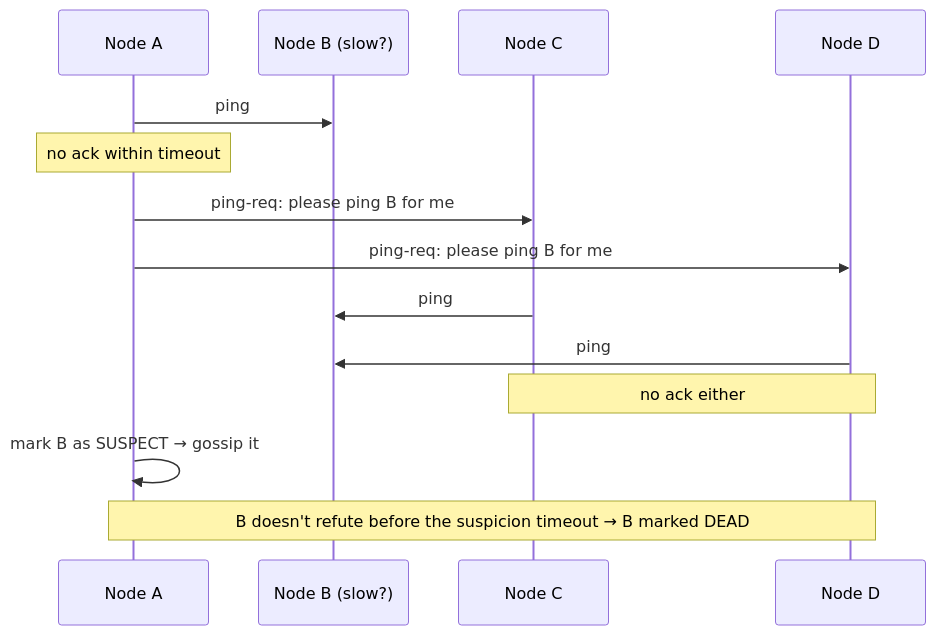
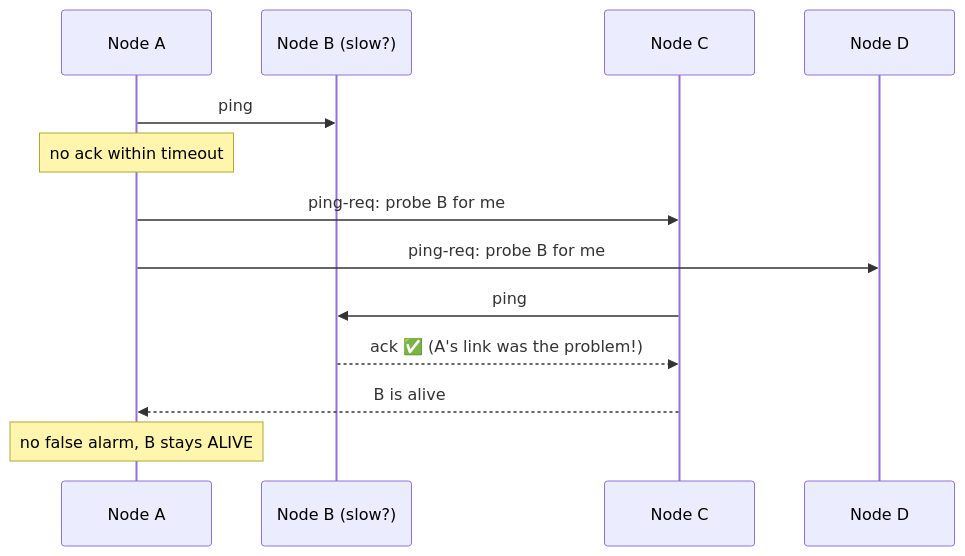
The diagram in phases/10-deep-internals/087-gossip-and-failure-detection.md (winnyboy5/System-Design-from-Atoms), drawn with Mermaid before and after one commit. The commit also changed other lines of this file and 9 other files, not shown here.

````diff
--- a/phases/10-deep-internals/087-gossip-and-failure-detection.md
+++ b/phases/10-deep-internals/087-gossip-and-failure-detection.md
@@ -35,16 +45,15 @@
 ```mermaid
 sequenceDiagram
     participant A as Node A
     participant B as Node B (slow?)
     participant C as Node C
     participant D as Node D
     A->>B: ping
     Note over A: no ack within timeout
-    A->>C: ping-req: please ping B for me
-    A->>D: ping-req: please ping B for me
+    A->>C: ping-req: probe B for me
+    A->>D: ping-req: probe B for me
     C->>B: ping
-    D->>B: ping
-    Note over C,D: no ack either
-    A->>A: mark B as SUSPECT → gossip it
-    Note over A,D: B doesn't refute before the suspicion timeout → B marked DEAD
+    B-->>C: ack ✅ (A's link was the problem!)
+    C-->>A: B is alive
+    Note over A: no false alarm, B stays ALIVE
 ```
````
